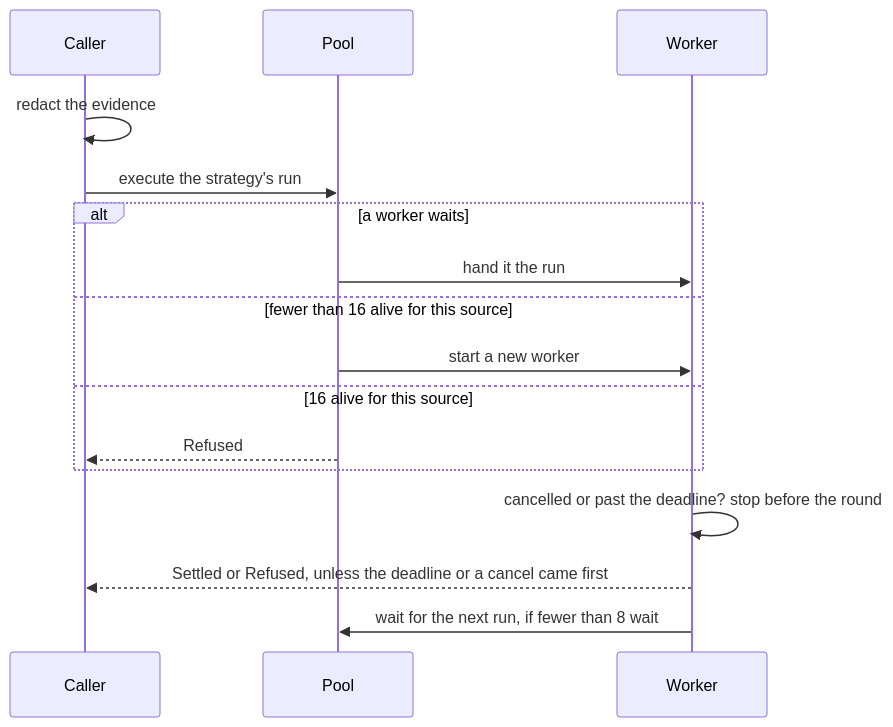
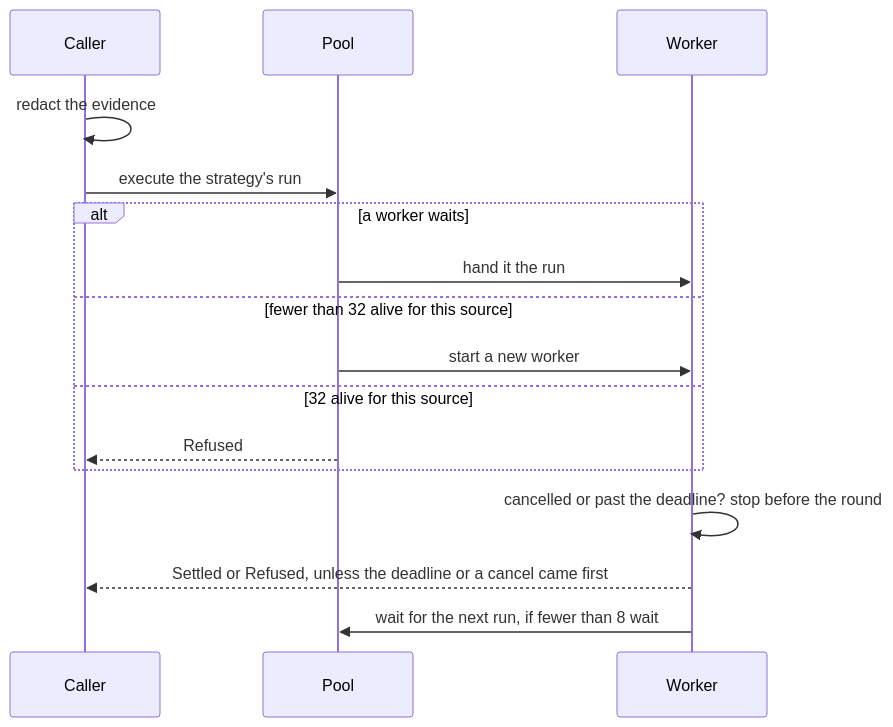
The diagram in crates/runtime/src/run/README.md (wrkhse/chauffeur), drawn with Mermaid before and after one commit. The commit also changed other lines of this file and 2 other files, not shown here.

Commit message:
fix(runtime): keep 32 workers per source, so late jobs leave room

````diff
--- a/crates/runtime/src/run/README.md
+++ b/crates/runtime/src/run/README.md
@@ -15,18 +15,18 @@
 ```mermaid
 sequenceDiagram
     participant C as Caller
     participant P as Pool
     participant W as Worker
     C->>C: redact the evidence
     C->>P: execute the strategy's run
     alt a worker waits
         P->>W: hand it the run
-    else fewer than 16 alive for this source
+    else fewer than 32 alive for this source
         P->>W: start a new worker
-    else 16 alive for this source
+    else 32 alive for this source
         P-->>C: Refused
     end
     W->>W: cancelled or past the deadline? stop before the round
     W-->>C: Settled or Refused, unless the deadline or a cancel came first
     W->>P: wait for the next run, if fewer than 8 wait
 ```
````
